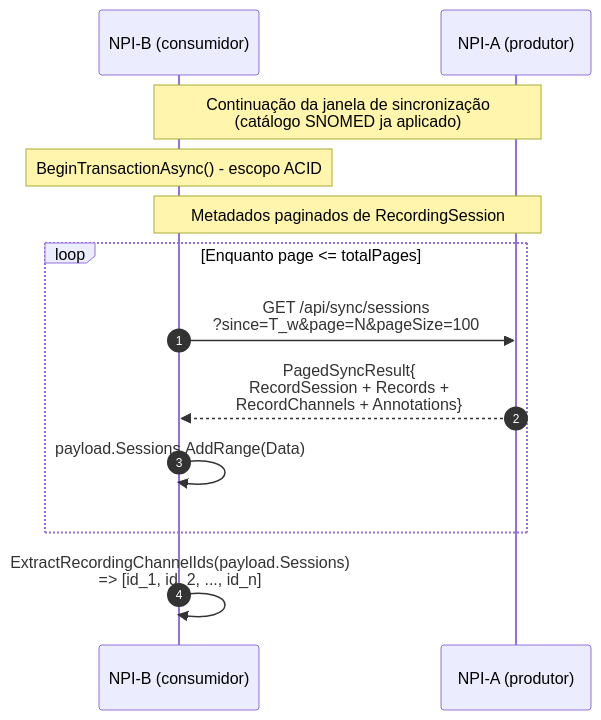
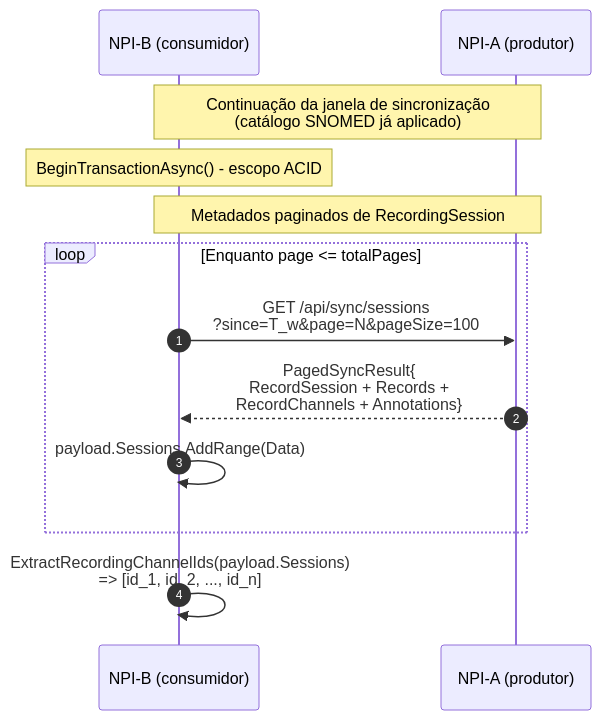
The diagram in figuras/Desenvolvimento/NPI/sync-biossinais-1-metadados.mmd (VitorAndTxr/TCC-Vitor), drawn with Mermaid before and after one commit. The commit also changed 6 other files, not shown here.

Commit message:
Mais correções em diagramas

```diff
--- a/figuras/Desenvolvimento/NPI/sync-biossinais-1-metadados.mmd
+++ b/figuras/Desenvolvimento/NPI/sync-biossinais-1-metadados.mmd
@@ -1,21 +1,21 @@
 %% ============================================================
 %% Sync biossinais - Parte 1/3: metadados paginados
 %% Referenciado em: cap-experimentos-resultados.tex (4.2.5.3)
 %% Label: fig:NPISyncBiossinaisMetadados
 %% ============================================================
 sequenceDiagram
     autonumber
     participant B as NPI-B (consumidor)
     participant A as NPI-A (produtor)
 
-    Note over B,A: Continuação da janela de sincronização<br/>(catálogo SNOMED ja aplicado)
+    Note over B,A: Continuação da janela de sincronização<br/>(catálogo SNOMED já aplicado)
     Note over B: BeginTransactionAsync() - escopo ACID
 
     Note over B,A: Metadados paginados de RecordingSession
     loop Enquanto page <= totalPages
         B->>A: GET /api/sync/sessions<br/>?since=T_w&page=N&pageSize=100
         A-->>B: PagedSyncResult{<br/>RecordSession + Records +<br/>RecordChannels + Annotations}
         B->>B: payload.Sessions.AddRange(Data)
     end
 
     B->>B: ExtractRecordingChannelIds(payload.Sessions)<br/>=> [id_1, id_2, ..., id_n]
```
